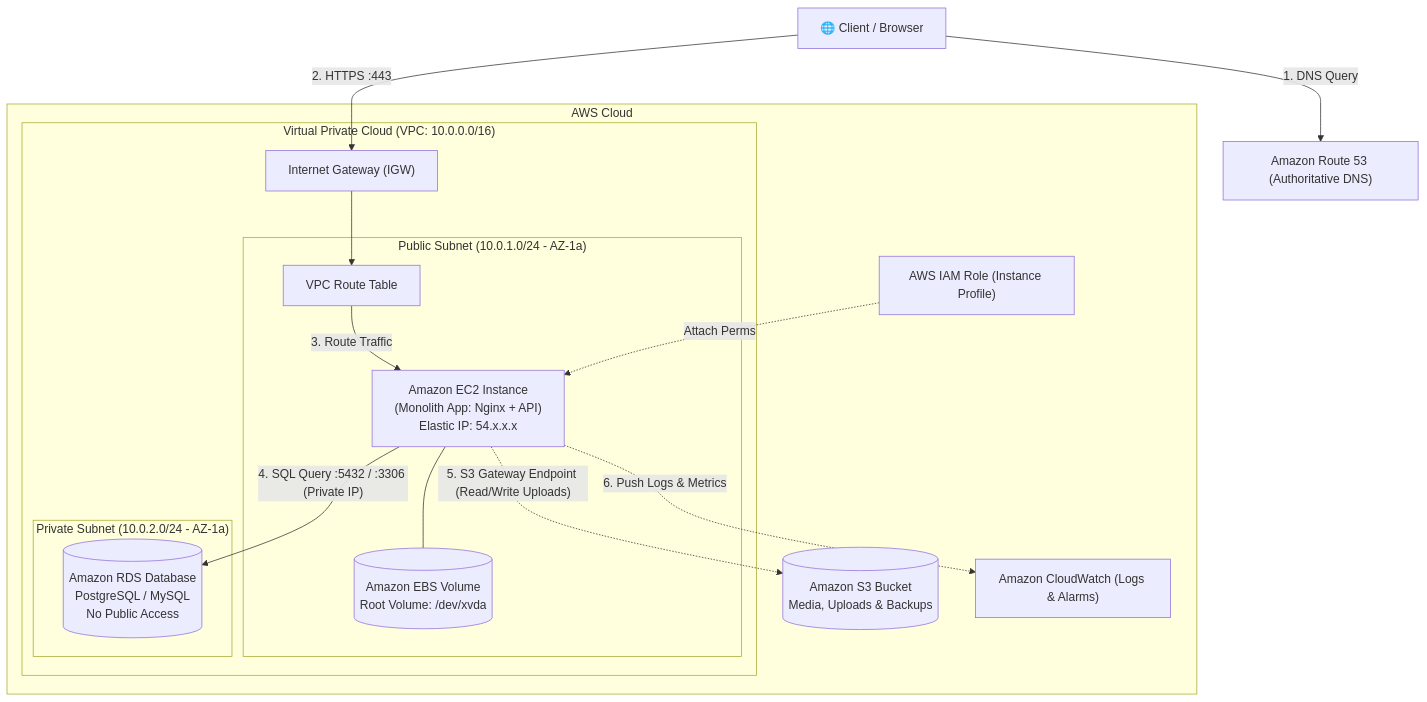
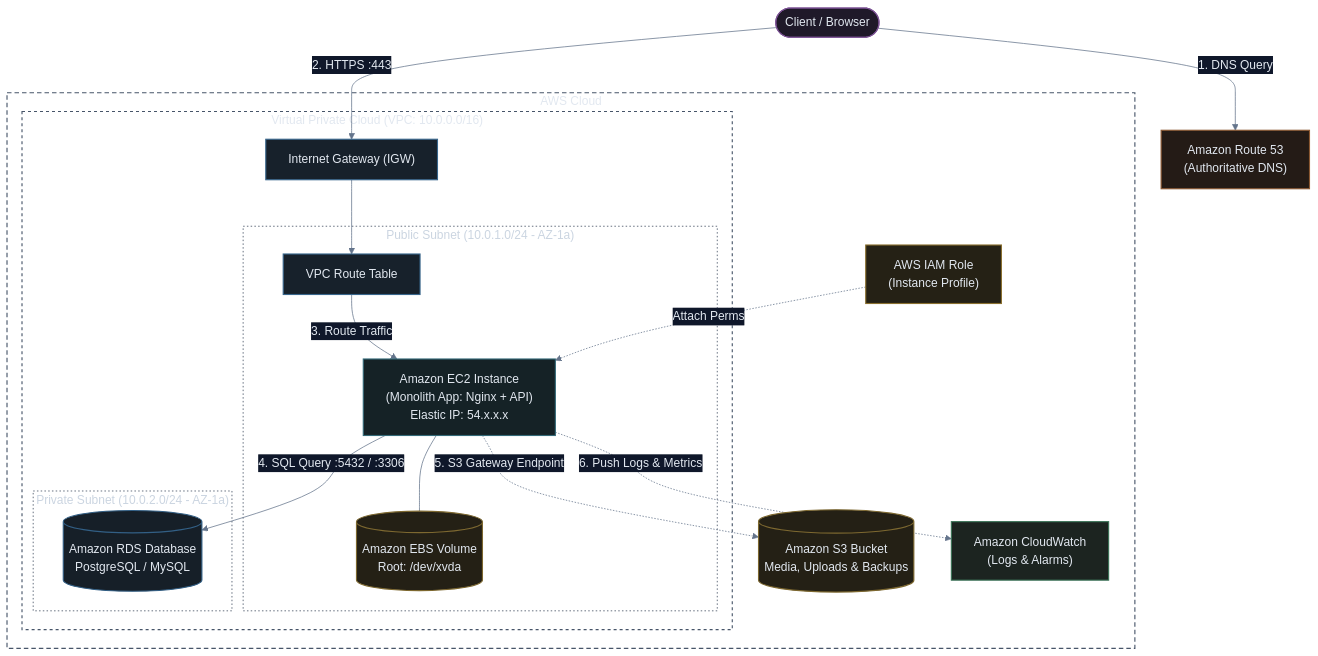
One commit to heinhtetzan/k8s-in-production changed the diagram in 03-aws-services/designs/01-basic-ec2-architecture.md. Above: the diagram before and after it, drawn with Mermaid. The commit also changed 4 other files, not shown here.

Commit message:
docs: add dark mode themes and styles to mermaid diagrams in aws architecture docs

````diff
--- a/03-aws-services/designs/01-basic-ec2-architecture.md
+++ b/03-aws-services/designs/01-basic-ec2-architecture.md
@@ -9,24 +9,63 @@
 ```mermaid
-flowchart TD
-    Client["🌐 Client / Browser"] -->|"1. DNS Query"| R53["Amazon Route 53 (Authoritative DNS)"]
+%%{init: {
+  'theme': 'base',
+  'themeVariables': {
+    'darkMode': true,
+    'background': '#0f172a',
+    'primaryColor': '#1e293b',
+    'primaryTextColor': '#e2e8f0',
+    'primaryBorderColor': '#475569',
+    'lineColor': '#64748b',
+    'textColor': '#e2e8f0',
+    'edgeLabelBackground': '#0f172a'
+  },
+  'themeCSS': '* { filter: none !important; box-shadow: none !important; } .node * { filter: none !important; } .cluster * { filter: none !important; }'
+}}%%
+graph TD
+    Client(["Client / Browser"]) -->|"1. DNS Query"| R53["Amazon Route 53<br/>(Authoritative DNS)"]
     Client -->|"2. HTTPS :443"| IGW["Internet Gateway (IGW)"]
 
     subgraph AWS["AWS Cloud"]
         subgraph VPC["Virtual Private Cloud (VPC: 10.0.0.0/16)"]
             IGW --> Router["VPC Route Table"]
 
             subgraph PublicSubnet["Public Subnet (10.0.1.0/24 - AZ-1a)"]
                 Router -->|"3. Route Traffic"| EC2["Amazon EC2 Instance<br/>(Monolith App: Nginx + API)<br/>Elastic IP: 54.x.x.x"]
-                EC2 --- EBS[("Amazon EBS Volume<br/>Root Volume: /dev/xvda")]
+                EC2 --- EBS[("Amazon EBS Volume<br/>Root: /dev/xvda")]
             end
 
             subgraph PrivateSubnet["Private Subnet (10.0.2.0/24 - AZ-1a)"]
-                EC2 -->|"4. SQL Query :5432 / :3306 (Private IP)"| RDS[("Amazon RDS Database<br/>PostgreSQL / MySQL<br/>No Public Access")]
+                EC2 -->|"4. SQL Query :5432 / :3306"| RDS[("Amazon RDS Database<br/>PostgreSQL / MySQL")]
             end
         end
 
-        EC2 -.->|"5. S3 Gateway Endpoint (Read/Write Uploads)"| S3[("Amazon S3 Bucket<br/>Media, Uploads & Backups")]
-        EC2 -.->|"6. Push Logs & Metrics"| CW["Amazon CloudWatch (Logs & Alarms)"]
-        IAM["AWS IAM Role (Instance Profile)"] -.->|"Attach Perms"| EC2
+        EC2 -.->|"5. S3 Gateway Endpoint"| S3[("Amazon S3 Bucket<br/>Media, Uploads & Backups")]
+        EC2 -.->|"6. Push Logs & Metrics"| CW["Amazon CloudWatch<br/>(Logs & Alarms)"]
+        IAM["AWS IAM Role<br/>(Instance Profile)"] -.->|"Attach Perms"| EC2
     end
+
+    %% Container Boundaries: Transparent BG with Muted Dashed and Dotted Strokes
+    style AWS fill:none,stroke:#475569,stroke-width:1.5px,stroke-dasharray: 6 4,color:#e2e8f0;
+    style VPC fill:none,stroke:#475569,stroke-width:1.5px,stroke-dasharray: 4 4,color:#e2e8f0;
+    style PublicSubnet fill:none,stroke:#334155,stroke-width:1px,stroke-dasharray: 2 3,color:#cbd5e1;
+    style PrivateSubnet fill:none,stroke:#334155,stroke-width:1px,stroke-dasharray: 2 3,color:#cbd5e1;
+
+    %% Component Classes
+    classDef cClient fill:#1f1929,stroke:#7c5295,stroke-width:1.5px,color:#e2e8f0;
+    classDef cR53 fill:#241b16,stroke:#8a5832,stroke-width:1.5px,color:#e2e8f0;
+    classDef cNet fill:#17212b,stroke:#38668c,stroke-width:1.5px,color:#e2e8f0;
+    classDef cEC2 fill:#152226,stroke:#346a78,stroke-width:1.5px,color:#e2e8f0;
+    classDef cStorage fill:#242015,stroke:#7d6830,stroke-width:1.5px,color:#e2e8f0;
+    classDef cRDS fill:#161f28,stroke:#325f85,stroke-width:1.5px,color:#e2e8f0;
+    classDef cCW fill:#1c2420,stroke:#3a7357,stroke-width:1.5px,color:#e2e8f0;
+    classDef cIAM fill:#252115,stroke:#8a7030,stroke-width:1.5px,color:#e2e8f0;
+
+    class Client cClient;
+    class R53 cR53;
+    class IGW,Router cNet;
+    class EC2 cEC2;
+    class EBS,S3 cStorage;
+    class RDS cRDS;
+    class CW cCW;
+    class IAM cIAM;
 ```
````
